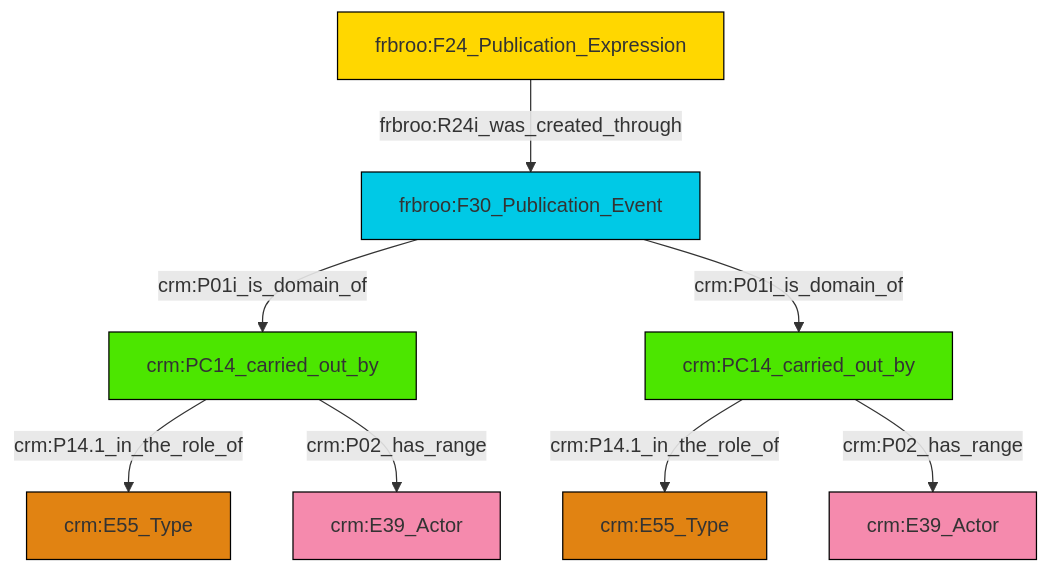
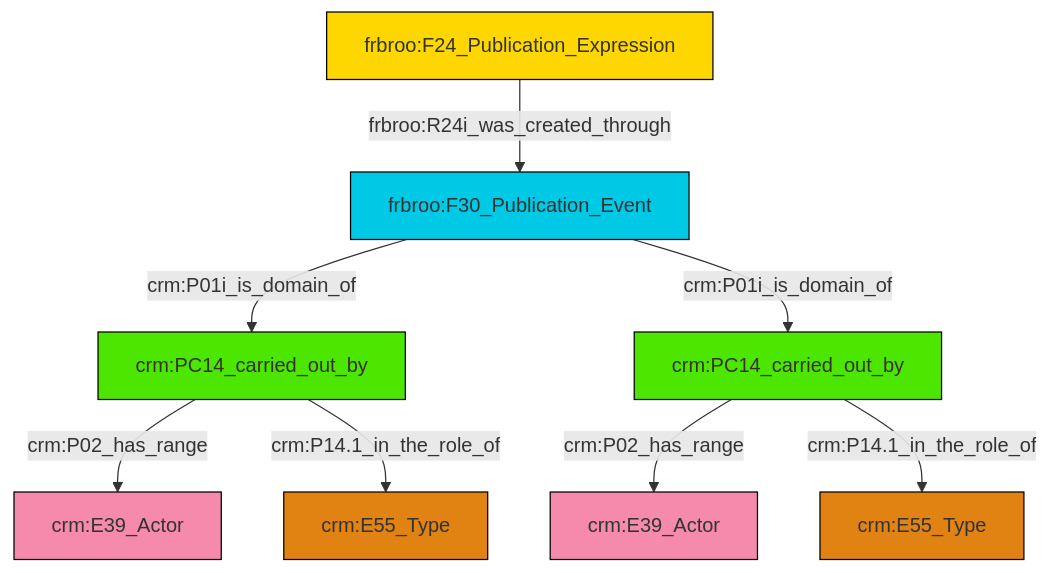
One commit to swiss-art-research-net/docs.swissartresearch changed the diagram in et/biblioCSV/ttl/mmd/biblio_actor_relations.ttl.mmd. Above: the diagram before and after it, drawn with Mermaid. The commit also changed 180 other files, not shown here.

```diff
--- a/et/biblioCSV/ttl/mmd/biblio_actor_relations.ttl.mmd
+++ b/et/biblioCSV/ttl/mmd/biblio_actor_relations.ttl.mmd
@@ -1,22 +1,22 @@
 graph TD
 classDef Literal fill:#f2f2f2,stroke:#000000;
 classDef CRM_Entity fill:#FFFFFF,stroke:#000000;
 classDef Temporal_Entity fill:#00C9E6, stroke:#000000;
 classDef Type fill:#E18312, stroke:#000000;
 classDef Time-Span fill:#2C9C91, stroke:#000000;
 classDef Appellation fill:#FFEB7F, stroke:#000000;
 classDef Place fill:#008836, stroke:#000000;
 classDef Persistent_Item fill:#B266B2, stroke:#000000;
 classDef Conceptual_Object fill:#FFD700, stroke:#000000;
 classDef Physical_Thing fill:#D2B48C, stroke:#000000;
 classDef Actor fill:#f58aad, stroke:#000000;
 classDef PC_Classes fill:#4ce600, stroke:#000000;
 classDef Multi fill:#cccccc,stroke:#000000;
 
-4["frbroo:F24_Publication_Expression"]:::Conceptual_Object -->|frbroo:R24i_was_created_through| 5["frbroo:F30_Publication_Event"]:::Temporal_Entity
+2["crm:PC14_carried_out_by"]:::PC_Classes -->|crm:P02_has_range| 3["crm:E39_Actor"]:::Actor
+4["frbroo:F24_Publication_Expression"]:::Conceptual_Object -->|frbroo:R24i_was_created_through| 10["frbroo:F30_Publication_Event"]:::Temporal_Entity
+10["frbroo:F30_Publication_Event"]:::Temporal_Entity -->|crm:P01i_is_domain_of| 2["crm:PC14_carried_out_by"]:::PC_Classes
+6["crm:PC14_carried_out_by"]:::PC_Classes -->|crm:P02_has_range| 0["crm:E39_Actor"]:::Actor
+6["crm:PC14_carried_out_by"]:::PC_Classes -->|crm:P14.1_in_the_role_of| 14["crm:E55_Type"]:::Type
 2["crm:PC14_carried_out_by"]:::PC_Classes -->|crm:P14.1_in_the_role_of| 8["crm:E55_Type"]:::Type
-9["crm:PC14_carried_out_by"]:::PC_Classes -->|crm:P14.1_in_the_role_of| 6["crm:E55_Type"]:::Type
-9["crm:PC14_carried_out_by"]:::PC_Classes -->|crm:P02_has_range| 0["crm:E39_Actor"]:::Actor
-2["crm:PC14_carried_out_by"]:::PC_Classes -->|crm:P02_has_range| 10["crm:E39_Actor"]:::Actor
-5["frbroo:F30_Publication_Event"]:::Temporal_Entity -->|crm:P01i_is_domain_of| 9["crm:PC14_carried_out_by"]:::PC_Classes
-5["frbroo:F30_Publication_Event"]:::Temporal_Entity -->|crm:P01i_is_domain_of| 2["crm:PC14_carried_out_by"]:::PC_Classes
+10["frbroo:F30_Publication_Event"]:::Temporal_Entity -->|crm:P01i_is_domain_of| 6["crm:PC14_carried_out_by"]:::PC_Classes
```
